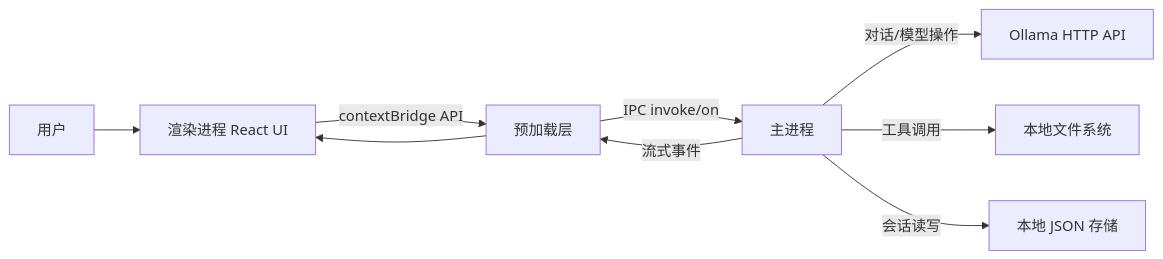
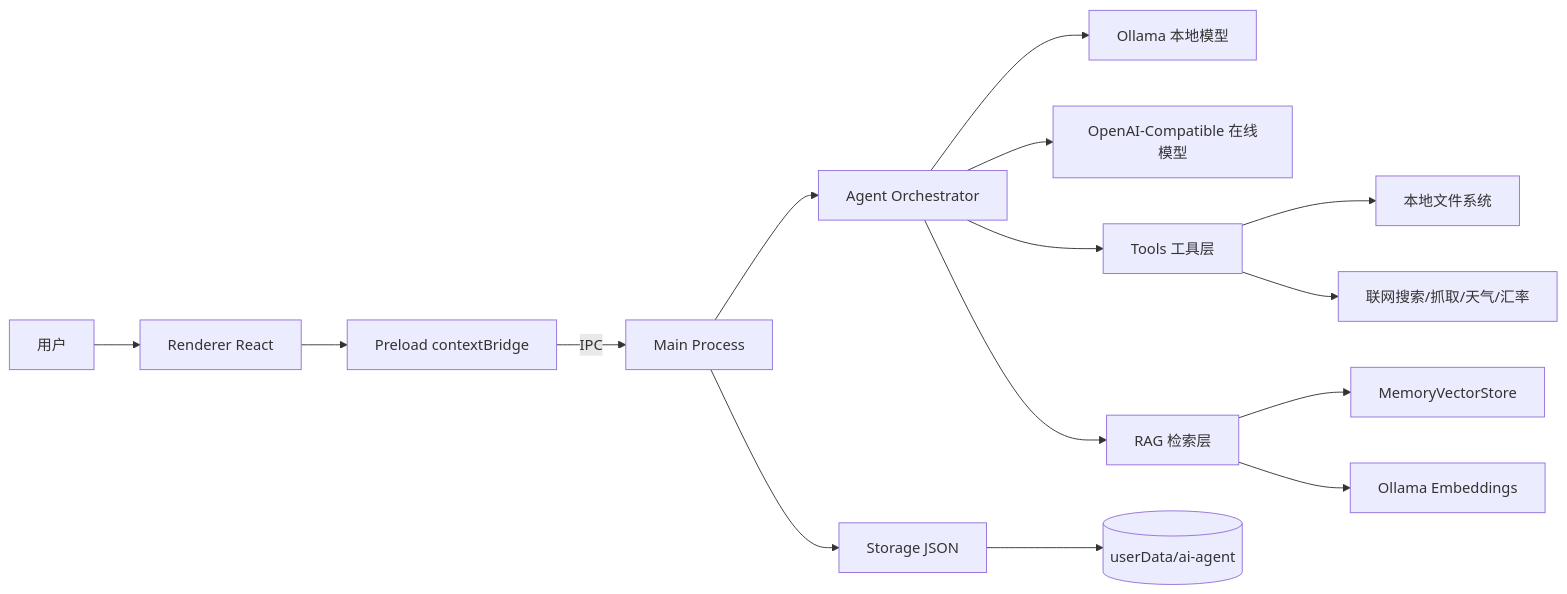
The diagram in docs/technical-architecture.md (fangzhouzhu/ai-agent), drawn with Mermaid before and after one commit. The commit also changed other lines of this file and 25 other files, not shown here.

````diff
--- a/docs/technical-architecture.md
+++ b/docs/technical-architecture.md
@@ -10,11 +16,21 @@
 ```mermaid
 flowchart LR
-  U[用户] --> R[渲染进程 React UI]
-  R -->|contextBridge API| P[预加载层]
-  P -->|IPC invoke/on| M[主进程]
-  M -->|对话/模型操作| O[Ollama HTTP API]
-  M -->|工具调用| F[本地文件系统]
-  M -->|会话读写| S[本地 JSON 存储]
-  M -->|流式事件| P
-  P --> R
+  U[用户] --> R[Renderer React]
+  R --> P[Preload contextBridge]
+  P -->|IPC| M[Main Process]
+
+  M --> A[Agent Orchestrator]
+  A --> O[Ollama 本地模型]
+  A --> C[OpenAI-Compatible 在线模型]
+  A --> T[Tools 工具层]
+  A --> G[RAG 检索层]
+
+  T --> FS[本地文件系统]
+  T --> WEB[联网搜索/抓取/天气/汇率]
+
+  G --> VS[MemoryVectorStore]
+  G --> EMB[Ollama Embeddings]
+
+  M --> S[Storage JSON]
+  S --> D[(userData/ai-agent)]
 ```
````
